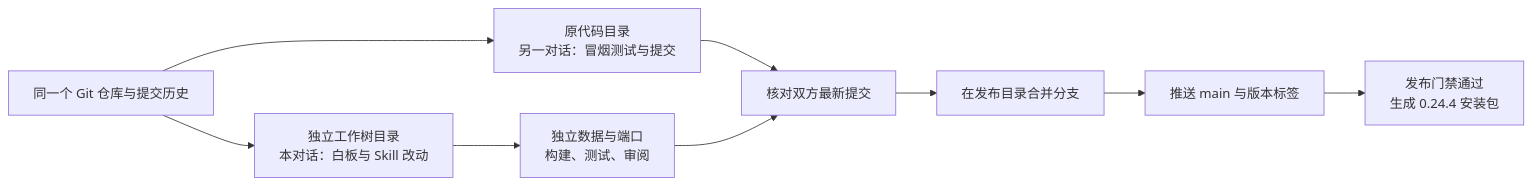
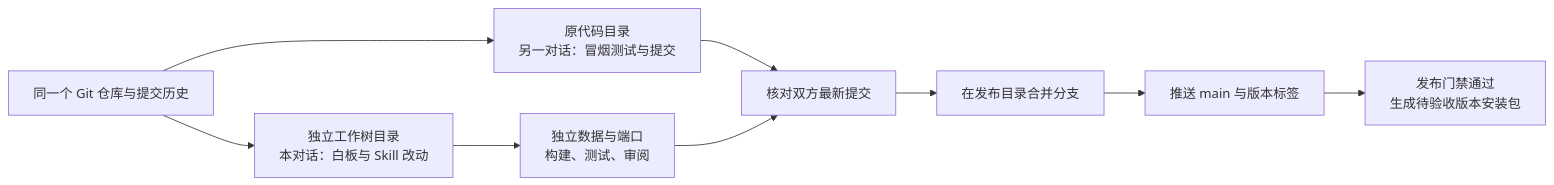
The diagram in README.md (TongZi2003/Notara), drawn with Mermaid before and after one commit. The commit also changed other lines of this file and 4 other files, not shown here.

````diff
--- a/README.md
+++ b/README.md
@@ -890,11 +893,11 @@
 ```mermaid
 flowchart LR
     R["同一个 Git 仓库与提交历史"] --> A["原代码目录<br/>另一对话：冒烟测试与提交"]
     R --> B["独立工作树目录<br/>本对话：白板与 Skill 改动"]
     B --> C["独立数据与端口<br/>构建、测试、审阅"]
     A --> D["核对双方最新提交"]
     C --> D
     D --> E["在发布目录合并分支"]
     E --> F["推送 main 与版本标签"]
-    F --> G["发布门禁通过<br/>生成 0.24.4 安装包"]
+    F --> G["发布门禁通过<br/>生成待验收版本安装包"]
 ```
````
